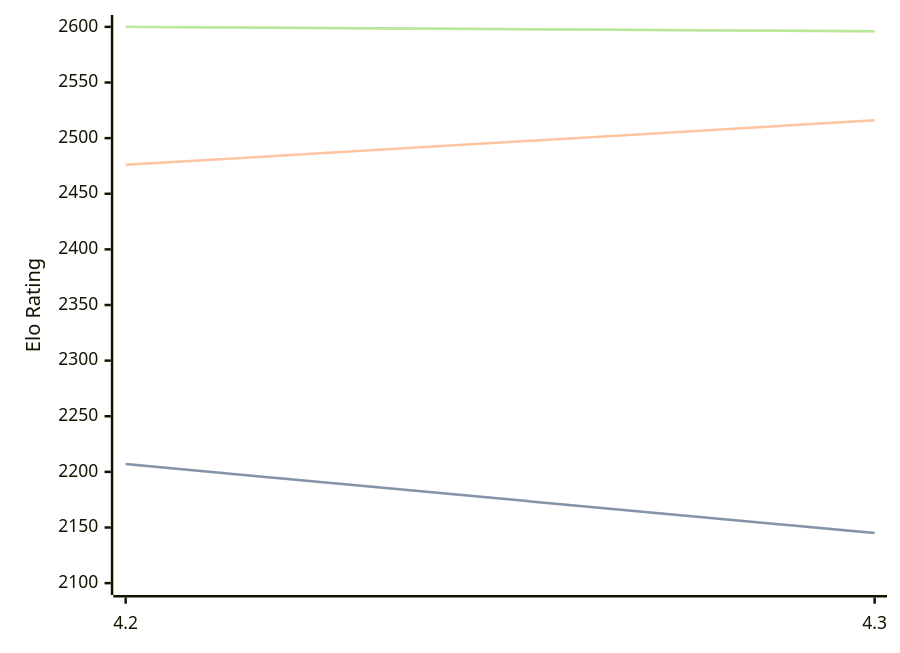
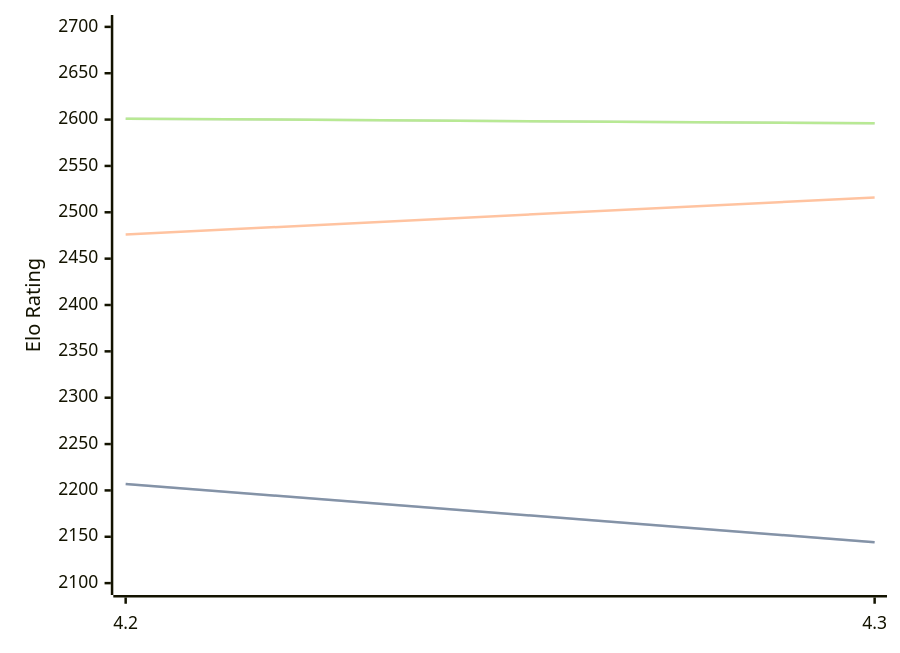
One commit to computer-chess-index/cci changed the diagram in engines/Eubos.md. Above: the diagram before and after it, drawn with Mermaid. The commit also changed other lines of this file, not shown here.

Commit message:
Update CCI Ratings (ELO VLTC) - 2026-03-02

````diff
--- a/engines/Eubos.md
+++ b/engines/Eubos.md
@@ -86,11 +86,11 @@
 ```mermaid
 %%{init: {"theme":"base","themeVariables":{"seriesColors:['#a3a3a3','#222221','#faa371']}}}%%
 xychart-beta
   x-axis ["4.2", "4.3"]
-  y-axis "Elo Rating" 2100 --> 2600
-  line "STC (8.0+0.08s)" [2207, 2145]
-  line "STC (8.0+0.08s)" [2207, 2145]
+  y-axis "Elo Rating" 2100 --> 2700
+  line "STC (8.0+0.08s)" [2207, 2144]
+  line "STC (8.0+0.08s)" [2207, 2144]
   line "LTC (60.0+0.60s)" [2476, 2516]
-  line "VLTC (2m24s+1.12s)" [2600, 2596]
-  line "VLTC (2m24s+1.12s)" [2600, 2596]
+  line "VLTC (2m24s+1.12s)" [2601, 2596]
+  line "VLTC (2m24s+1.12s)" [2601, 2596]
 ```
````
